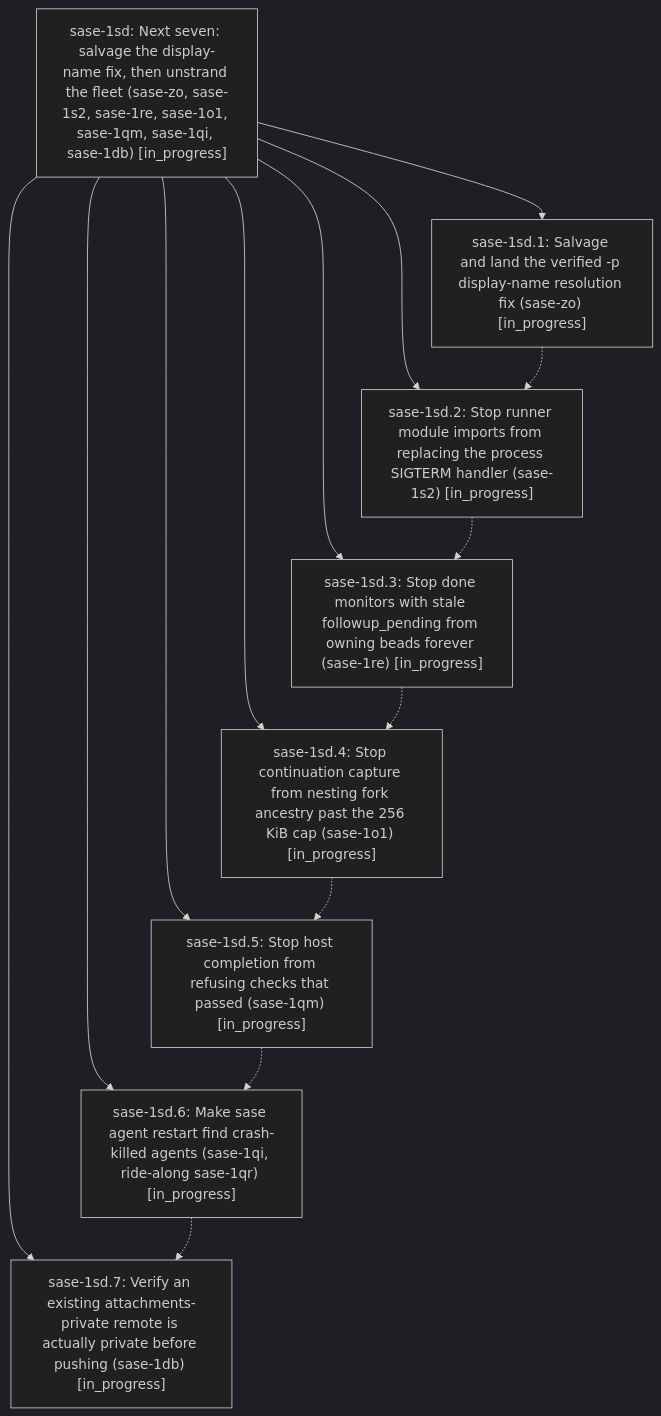
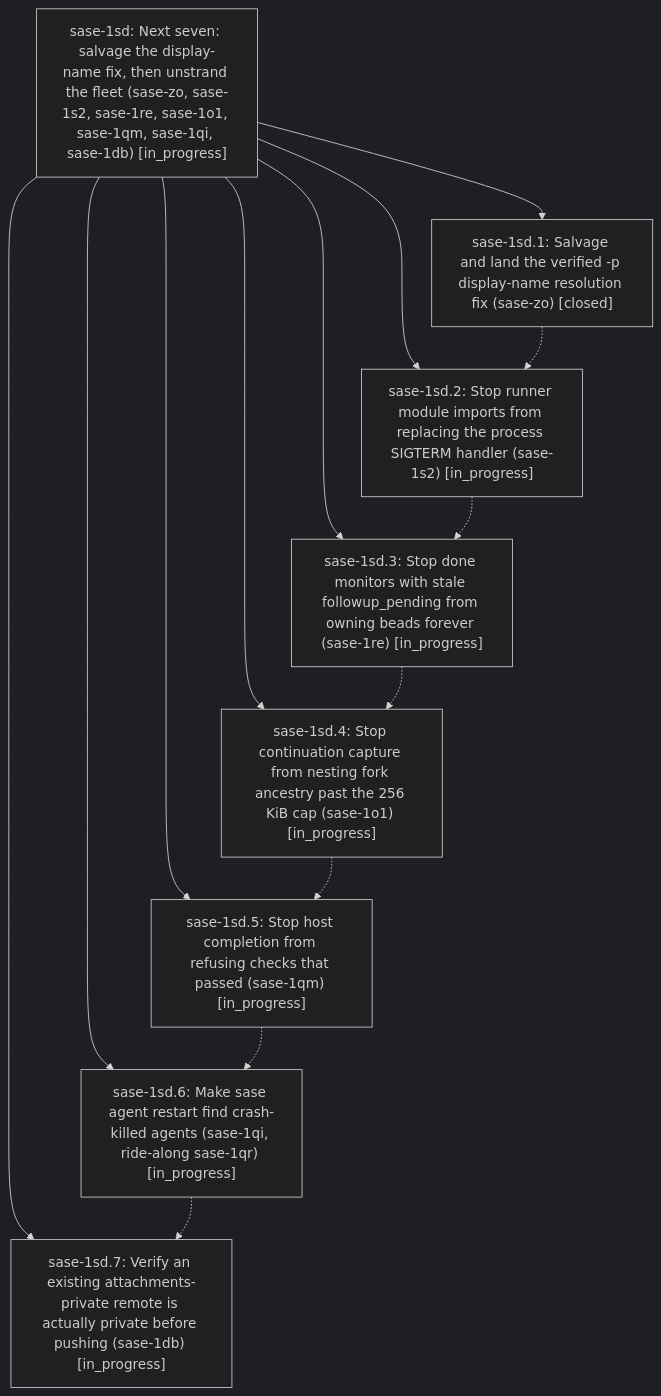
One commit to sase-org/sase--beads changed the diagram in pages/sase-1sd/README.md. Above: the diagram before and after it, drawn with Mermaid (dark theme). The commit also changed other lines of this file and 2 other files, not shown here.

First line of the commit message:
chore(beads): sync bead state and pages for sase-1sd

````diff
--- a/pages/sase-1sd/README.md
+++ b/pages/sase-1sd/README.md
@@ -40,24 +40,24 @@
 ```mermaid
 flowchart TD
     n0["sase-1sd: Next seven: salvage the display-name fix, then unstrand the fleet (sase-zo, sase-1s2, sase-1re, sase-1o1, sase-1qm, sase-1qi, sase-1db) [in_progress]"]
-    n1["sase-1sd.1: Salvage and land the verified -p display-name resolution fix (sase-zo) [in_progress]"]
+    n1["sase-1sd.1: Salvage and land the verified -p display-name resolution fix (sase-zo) [closed]"]
     n2["sase-1sd.2: Stop runner module imports from replacing the process SIGTERM handler (sase-1s2) [in_progress]"]
     n3["sase-1sd.3: Stop done monitors with stale followup_pending from owning beads forever (sase-1re) [in_progress]"]
     n4["sase-1sd.4: Stop continuation capture from nesting fork ancestry past the 256 KiB cap (sase-1o1) [in_progress]"]
     n5["sase-1sd.5: Stop host completion from refusing checks that passed (sase-1qm) [in_progress]"]
     n6["sase-1sd.6: Make sase agent restart find crash-killed agents (sase-1qi, ride-along sase-1qr) [in_progress]"]
     n7["sase-1sd.7: Verify an existing attachments-private remote is actually private before pushing (sase-1db) [in_progress]"]
     n0 --> n1
     n0 --> n2
     n0 --> n3
     n0 --> n4
     n0 --> n5
     n0 --> n6
     n0 --> n7
     n1 -.-> n2
     n2 -.-> n3
     n3 -.-> n4
     n4 -.-> n5
     n5 -.-> n6
     n6 -.-> n7
 ```
````
